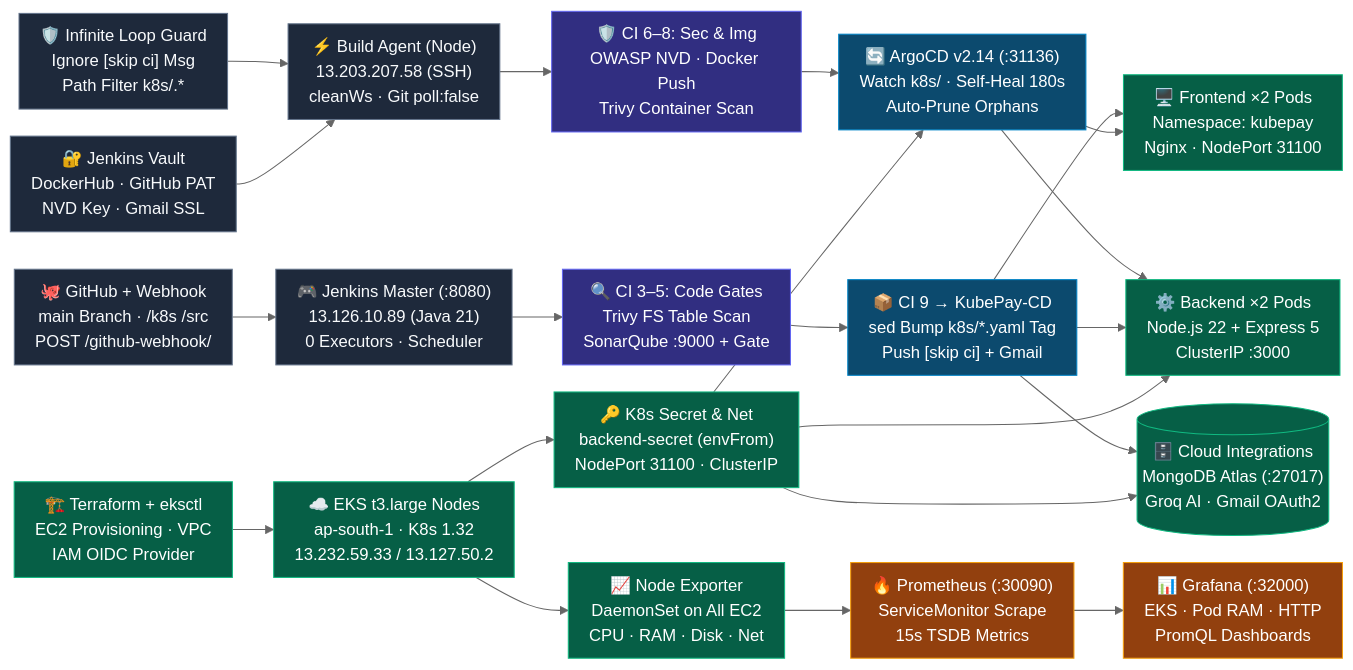
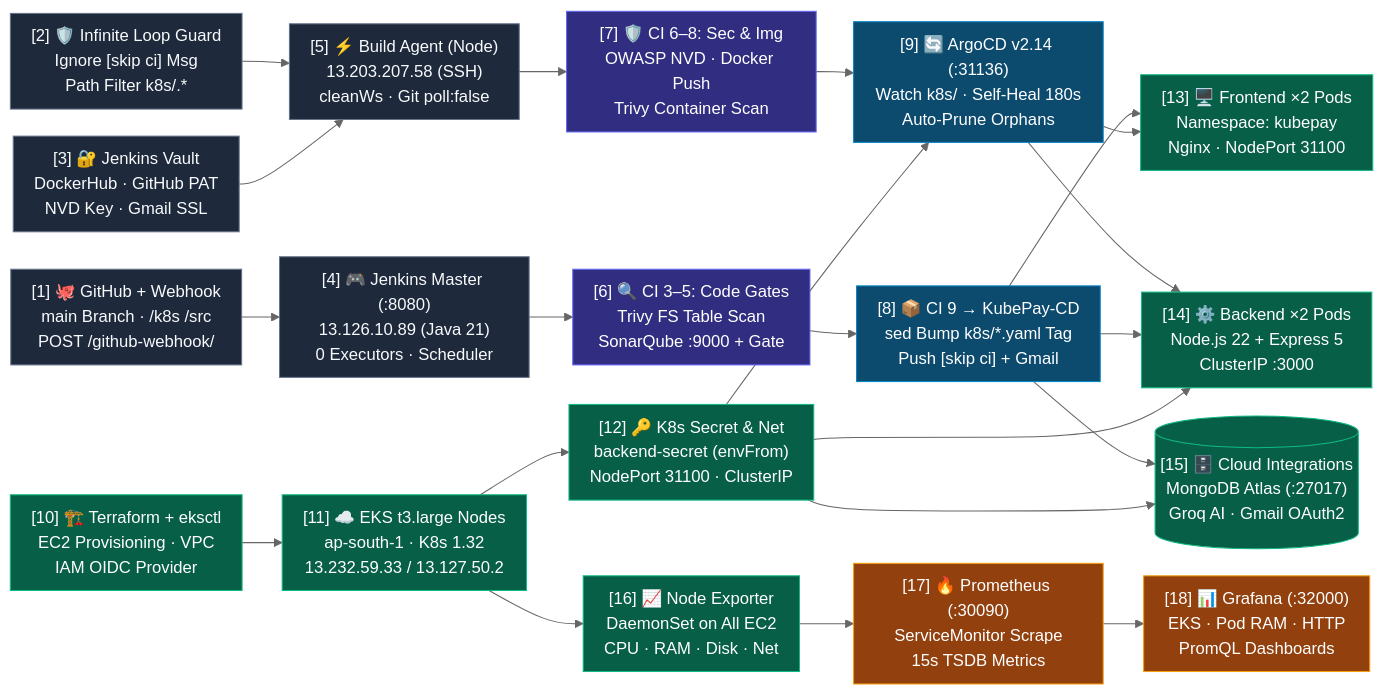
Before and after one commit to ARPITPRAJAPATI/Advance_bank_system: the diagram in architecture_sheets/PRINT_DEVOPS.md, drawn with Mermaid (neutral theme). The commit also changed 12 other files, not shown here.

Commit message:
docs: add architecture documentation sheets for KubePay system

````diff
--- a/architecture_sheets/PRINT_DEVOPS.md
+++ b/architecture_sheets/PRINT_DEVOPS.md
@@ -3,50 +3,50 @@
 ```mermaid
 %%{init: {'flowchart': {'nodeSpacing': 26, 'rankSpacing': 36, 'padding': 10}}}%%
 graph LR
 
-  V1["🐙 GitHub + Webhook<br/>main Branch · /k8s /src<br/>POST /github-webhook/"]
-  V2["🛡️ Infinite Loop Guard<br/>Ignore [skip ci] Msg<br/>Path Filter k8s/.*"]
-  S0["🔐 Jenkins Vault<br/>DockerHub · GitHub PAT<br/>NVD Key · Gmail SSL"]
-  I1["🏗️ Terraform + eksctl<br/>EC2 Provisioning · VPC<br/>IAM OIDC Provider"]
+  V1["[1] 🐙 GitHub + Webhook<br/>main Branch · /k8s /src<br/>POST /github-webhook/"]
+  V2["[2] 🛡️ Infinite Loop Guard<br/>Ignore [skip ci] Msg<br/>Path Filter k8s/.*"]
+  S0["[3] 🔐 Jenkins Vault<br/>DockerHub · GitHub PAT<br/>NVD Key · Gmail SSL"]
+  I1["[10] 🏗️ Terraform + eksctl<br/>EC2 Provisioning · VPC<br/>IAM OIDC Provider"]
 
-  M2["🎮 Jenkins Master (:8080)<br/>13.126.10.89 (Java 21)<br/>0 Executors · Scheduler"]
-  A2["⚡ Build Agent (Node)<br/>13.203.207.58 (SSH)<br/>cleanWs · Git poll:false"]
-  I2["☁️ EKS t3.large Nodes<br/>ap-south-1 · K8s 1.32<br/>13.232.59.33 / 13.127.50.2"]
-  N2["📈 Node Exporter<br/>DaemonSet on All EC2<br/>CPU · RAM · Disk · Net"]
+  M2["[4] 🎮 Jenkins Master (:8080)<br/>13.126.10.89 (Java 21)<br/>0 Executors · Scheduler"]
+  A2["[5] ⚡ Build Agent (Node)<br/>13.203.207.58 (SSH)<br/>cleanWs · Git poll:false"]
+  I2["[11] ☁️ EKS t3.large Nodes<br/>ap-south-1 · K8s 1.32<br/>13.232.59.33 / 13.127.50.2"]
+  N2["[16] 📈 Node Exporter<br/>DaemonSet on All EC2<br/>CPU · RAM · Disk · Net"]
 
-  C3a["🔍 CI 3–5: Code Gates<br/>Trivy FS Table Scan<br/>SonarQube :9000 + Gate"]
-  C3b["🛡️ CI 6–8: Sec & Img<br/>OWASP NVD · Docker Push<br/>Trivy Container Scan"]
-  SEC3["🔑 K8s Secret & Net<br/>backend-secret (envFrom)<br/>NodePort 31100 · ClusterIP"]
+  C3a["[6] 🔍 CI 3–5: Code Gates<br/>Trivy FS Table Scan<br/>SonarQube :9000 + Gate"]
+  C3b["[7] 🛡️ CI 6–8: Sec & Img<br/>OWASP NVD · Docker Push<br/>Trivy Container Scan"]
+  SEC3["[12] 🔑 K8s Secret & Net<br/>backend-secret (envFrom)<br/>NodePort 31100 · ClusterIP"]
 
-  D4["📦 CI 9 → KubePay-CD<br/>sed Bump k8s/*.yaml Tag<br/>Push [skip ci] + Gmail"]
-  AR4["🔄 ArgoCD v2.14 (:31136)<br/>Watch k8s/ · Self-Heal 180s<br/>Auto-Prune Orphans"]
-  PR4["🔥 Prometheus (:30090)<br/>ServiceMonitor Scrape<br/>15s TSDB Metrics"]
+  D4["[8] 📦 CI 9 → KubePay-CD<br/>sed Bump k8s/*.yaml Tag<br/>Push [skip ci] + Gmail"]
+  AR4["[9] 🔄 ArgoCD v2.14 (:31136)<br/>Watch k8s/ · Self-Heal 180s<br/>Auto-Prune Orphans"]
+  PR4["[17] 🔥 Prometheus (:30090)<br/>ServiceMonitor Scrape<br/>15s TSDB Metrics"]
 
-  FE5["🖥️ Frontend ×2 Pods<br/>Namespace: kubepay<br/>Nginx · NodePort 31100"]
-  BE5["⚙️ Backend ×2 Pods<br/>Node.js 22 + Express 5<br/>ClusterIP :3000"]
-  EXT5[("🗄️ Cloud Integrations<br/>MongoDB Atlas (:27017)<br/>Groq AI · Gmail OAuth2")]
-  GR5["📊 Grafana (:32000)<br/>EKS · Pod RAM · HTTP<br/>PromQL Dashboards"]
+  FE5["[13] 🖥️ Frontend ×2 Pods<br/>Namespace: kubepay<br/>Nginx · NodePort 31100"]
+  BE5["[14] ⚙️ Backend ×2 Pods<br/>Node.js 22 + Express 5<br/>ClusterIP :3000"]
+  EXT5[("[15] 🗄️ Cloud Integrations<br/>MongoDB Atlas (:27017)<br/>Groq AI · Gmail OAuth2")]
+  GR5["[18] 📊 Grafana (:32000)<br/>EKS · Pod RAM · HTTP<br/>PromQL Dashboards"]
 
   V1 --> M2 --> C3a --> D4 --> FE5
   V2 --> A2 --> C3b --> AR4 --> BE5
   S0 --> A2
   D4 --> BE5
   AR4 --> FE5
   I1 --> I2 --> SEC3 --> AR4
   SEC3 --> BE5
   I2 --> N2 --> PR4 --> GR5
   D4 --> EXT5
   SEC3 --> EXT5
 
   classDef vcs fill:#1e293b,stroke:#64748b,color:#f8fafc
   classDef ci fill:#312e81,stroke:#6366f1,color:#fff
   classDef cd fill:#0c4a6e,stroke:#0284c7,color:#fff
   classDef eks fill:#065f46,stroke:#10b981,color:#fff
   classDef mon fill:#92400e,stroke:#f59e0b,color:#fff
 
   class V1,V2,S0,M2,A2 vcs
   class C3a,C3b ci
   class D4,AR4 cd
   class I1,I2,N2,SEC3,FE5,BE5,EXT5 eks
   class PR4,GR5 mon
 ```
````
